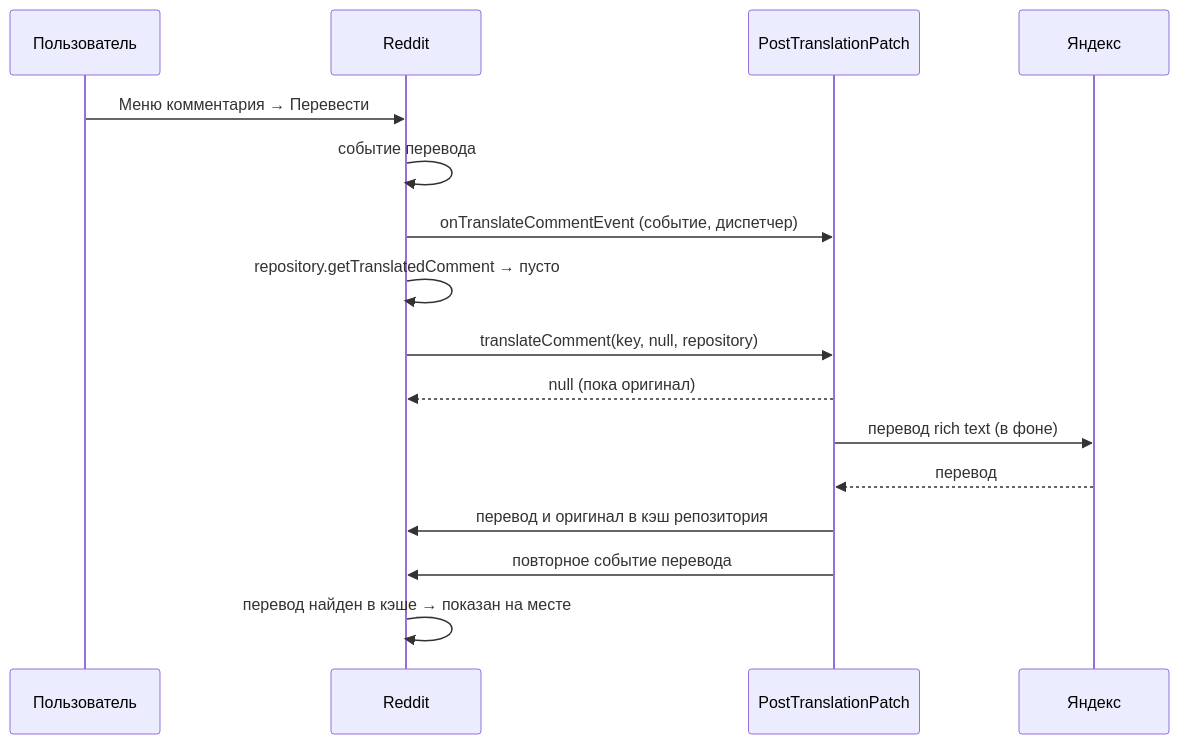
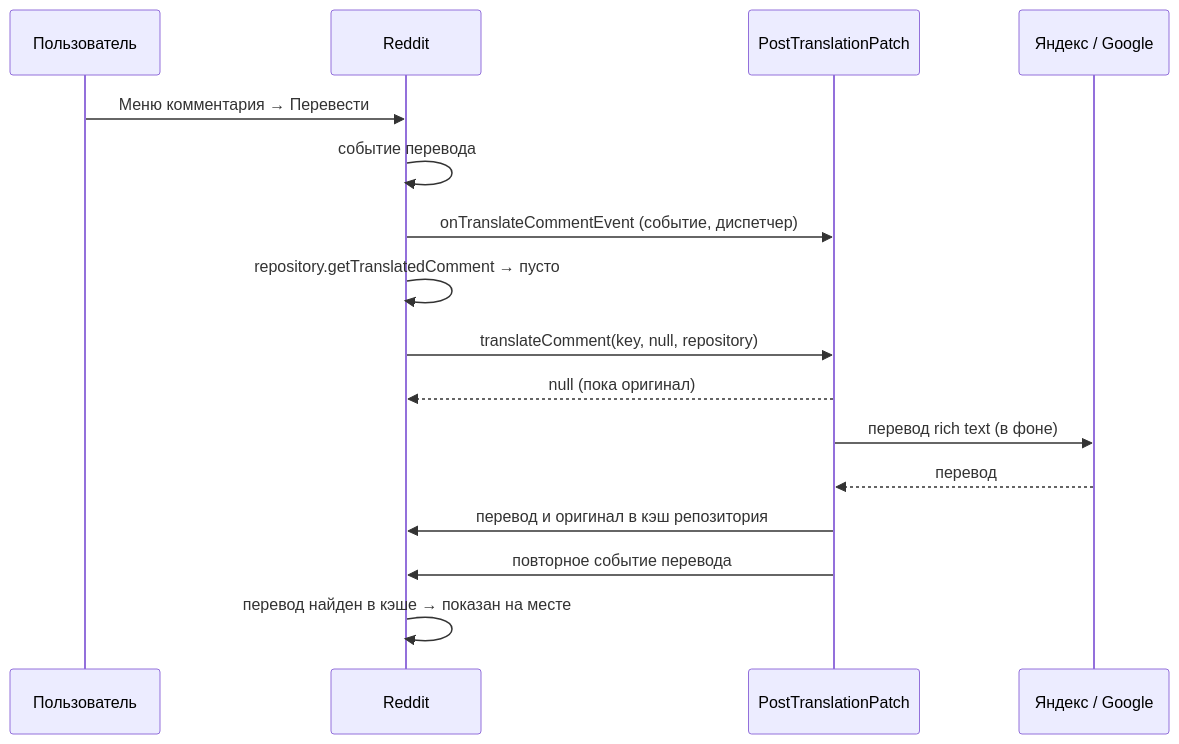
One commit to B1ays/morphe-patches changed the second of 2 diagrams in docs/reddit-translation/README.ru.md. Above: the diagram before and after it, drawn with Mermaid. The commit also changed other lines of this file and 8 other files, not shown here.

````diff
--- a/docs/reddit-translation/README.ru.md
+++ b/docs/reddit-translation/README.ru.md
@@ -176,18 +193,18 @@
 ```mermaid
 sequenceDiagram
     participant U as Пользователь
     participant App as Reddit
     participant P as PostTranslationPatch
-    participant Y as Яндекс
+    participant Y as Яндекс / Google
     U->>App: Меню комментария → Перевести
     App->>App: событие перевода
     App->>P: onTranslateCommentEvent (событие, диспетчер)
     App->>App: repository.getTranslatedComment → пусто
     App->>P: translateComment(key, null, repository)
     P-->>App: null (пока оригинал)
     P->>Y: перевод rich text (в фоне)
     Y-->>P: перевод
     P->>App: перевод и оригинал в кэш репозитория
     P->>App: повторное событие перевода
     App->>App: перевод найден в кэше → показан на месте
 ```
````
